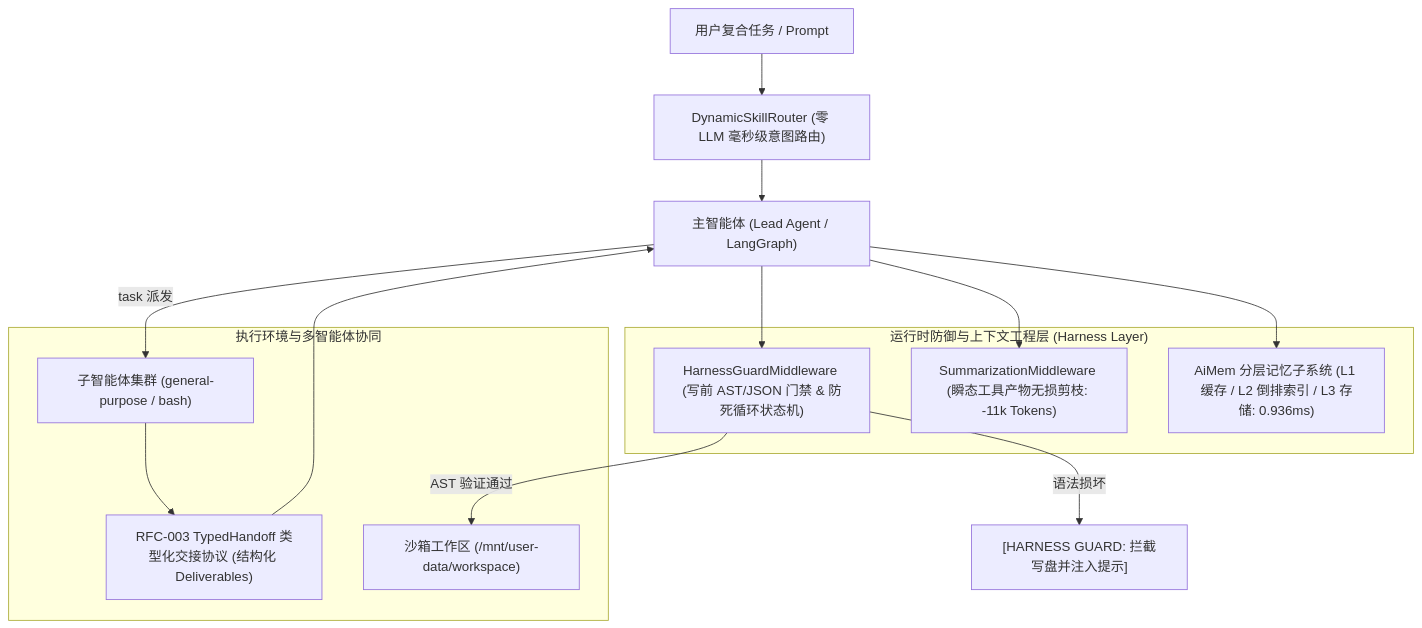
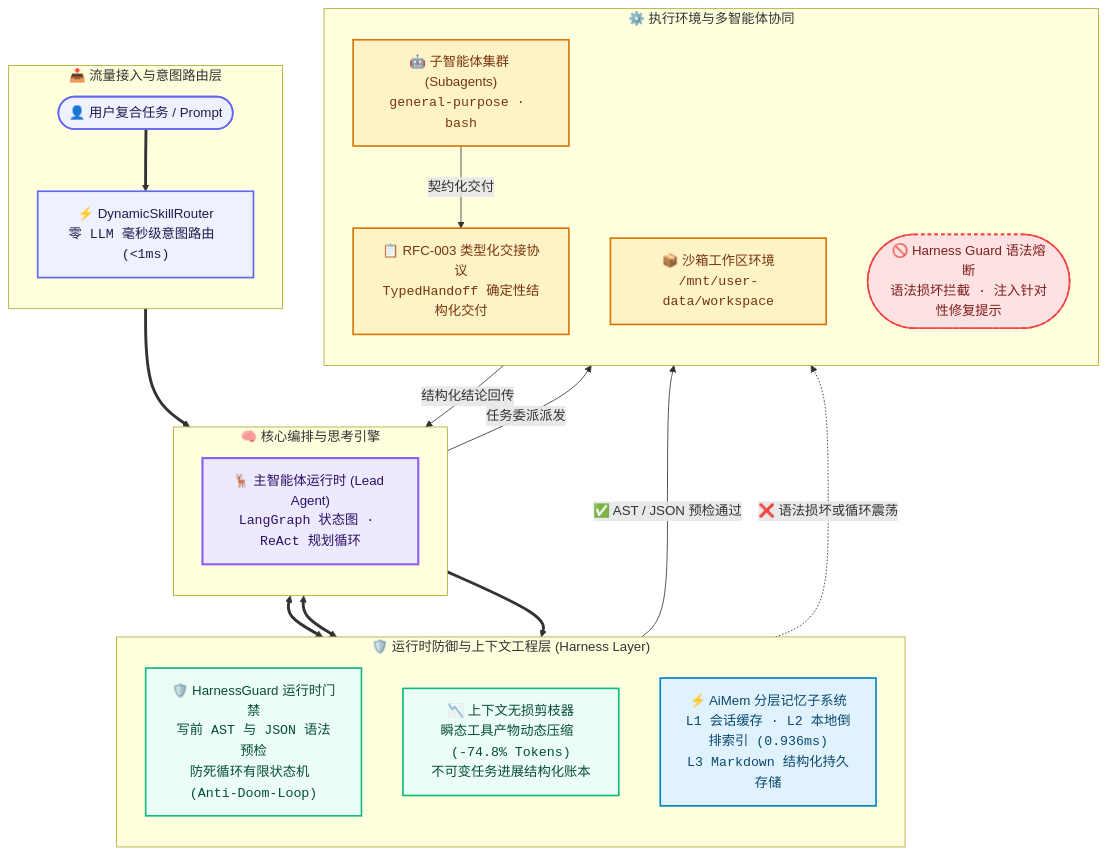
One commit to Yakyou7/DeerFlow-Resilient changed the diagram in README_zh.md. Above: the diagram before and after it, drawn with Mermaid. The commit also changed other lines of this file and 1 other file, not shown here.

Commit message:
docs: modernize architecture diagram with styled Mermaid layout and update clone repo URLs

````diff
--- a/README_zh.md
+++ b/README_zh.md
@@ -34,26 +34,55 @@
 ```mermaid
-flowchart TD
-    User["用户复合任务 / Prompt"] --> Router["DynamicSkillRouter (零 LLM 毫秒级意图路由)"]
-    Router --> Lead["主智能体 (Lead Agent / LangGraph)"]
+flowchart TB
+    %% 意图与流量接入层
+    subgraph INGRESS [" 📥 流量接入与意图路由层 "]
+        direction TB
+        User(["👤 用户复合任务 / Prompt"]):::ingressNode
+        Router["⚡ DynamicSkillRouter<br/><code>零 LLM 毫秒级意图路由 (&lt;1ms)</code>"]:::ingressNode
+    end
+
+    %% 核心编排引擎
+    subgraph ORCHESTRATION [" 🧠 核心编排与思考引擎 "]
+        direction TB
+        Lead["🦌 主智能体运行时 (Lead Agent)<br/><code>LangGraph 状态图 &middot; ReAct 规划循环</code>"]:::coreNode
+    end
+
+    %% 运行时防御与上下文层
+    subgraph RELIABILITY [" 🛡️ 运行时防御与上下文工程层 (Harness Layer) "]
+        direction TB
+        Guard["🛡️ HarnessGuard 运行时门禁<br/><code>写前 AST 与 JSON 语法预检</code><br/><code>防死循环有限状态机 (Anti-Doom-Loop)</code>"]:::defenseNode
+        Summarizer["📉 上下文无损剪枝器<br/><code>瞬态工具产物动态压缩 (-74.8% Tokens)</code><br/><code>不可变任务进展结构化账本</code>"]:::defenseNode
+        Memory["⚡ AiMem 分层记忆子系统<br/><code>L1 会话缓存 &middot; L2 本地倒排索引 (0.936ms)</code><br/><code>L3 Markdown 结构化持久存储</code>"]:::memoryNode
+    end
+
+    %% 执行环境与沙箱
+    subgraph EXECUTION [" ⚙️ 执行环境与多智能体协同 "]
+        direction TB
+        Subagent["🤖 子智能体集群 (Subagents)<br/><code>general-purpose &middot; bash</code>"]:::execNode
+        Handoff["📋 RFC-003 类型化交接协议<br/><code>TypedHandoff 确定性结构化交付</code>"]:::execNode
+        Sandbox["📦 沙箱工作区环境<br/><code>/mnt/user-data/workspace</code>"]:::execNode
+        Blocked(["🚫 Harness Guard 语法熔断<br/><code>语法损坏拦截 &middot; 注入针对性修复提示</code>"]):::blockedNode
+    end
+
+    %% 跨层调用与流转
+    User ==> Router
+    Router ==> Lead
     
-    subgraph Reliability["运行时防御与上下文工程层 (Harness Layer)"]
-        Guard["HarnessGuardMiddleware (写前 AST/JSON 门禁 & 防死循环状态机)"]
-        Summarizer["SummarizationMiddleware (瞬态工具产物无损剪枝: -11k Tokens)"]
-        Memory["AiMem 分层记忆子系统 (L1 缓存 / L2 倒排索引 / L3 存储: 0.936ms)"]
-    end
+    Lead <==> Summarizer
+    Lead <==> Memory
+    Lead ==> Guard
     
-    Lead --> Guard
-    Lead --> Summarizer
-    Lead --> Memory
+    Guard -->|"✅ AST / JSON 预检通过"| Sandbox
+    Guard -.->|"❌ 语法损坏或循环震荡"| Blocked
     
-    subgraph Execution["执行环境与多智能体协同"]
-        Subagent["子智能体集群 (general-purpose / bash)"]
-        Handoff["RFC-003 TypedHandoff 类型化交接协议 (结构化 Deliverables)"]
-        Sandbox["沙箱工作区 (/mnt/user-data/workspace)"]
-    end
-    
-    Guard -->|AST 验证通过| Sandbox
-    Guard -->|语法损坏| ShortCircuit["[HARNESS GUARD: 拦截写盘并注入提示]"]
-    Lead -->|task 派发| Subagent
-    Subagent --> Handoff --> Lead
+    Lead -->|"任务委派派发"| Subagent
+    Subagent -->|"契约化交付"| Handoff
+    Handoff -->|"结构化结论回传"| Lead
+
+    %% 视觉主题配色定义
+    classDef ingressNode fill:#EEF2FF,stroke:#6366F1,stroke-width:2px,color:#1E1B4B;
+    classDef coreNode fill:#EDE9FE,stroke:#8B5CF6,stroke-width:2.5px,color:#2E1065;
+    classDef defenseNode fill:#ECFDF5,stroke:#10B981,stroke-width:2px,color:#064E3B;
+    classDef memoryNode fill:#E0F2FE,stroke:#0284C7,stroke-width:2px,color:#0C4A6E;
+    classDef execNode fill:#FEF3C7,stroke:#D97706,stroke-width:2px,color:#78350F;
+    classDef blockedNode fill:#FEE2E2,stroke:#EF4444,stroke-width:2px,color:#7F1D1D,stroke-dasharray: 4 4;
 ```
````
